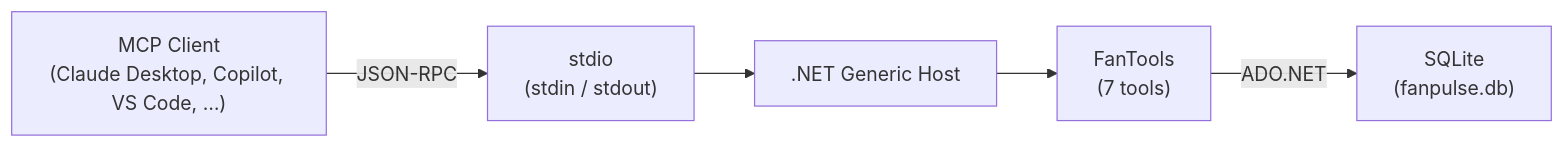
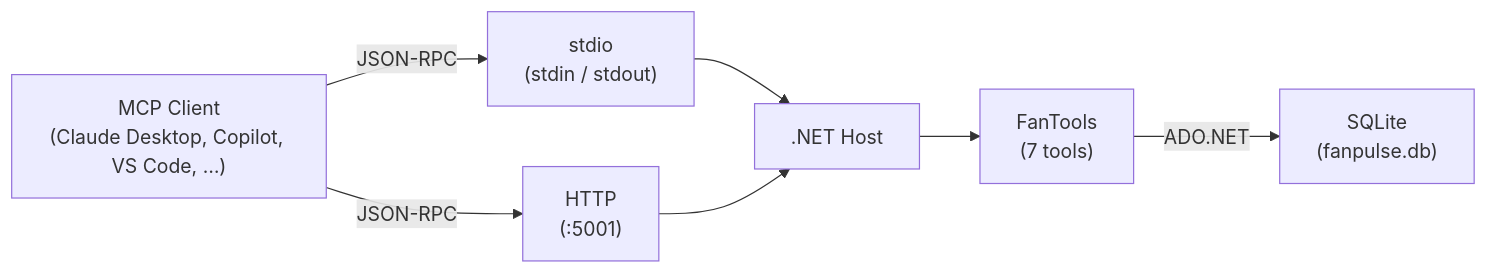
One commit to VeryKross/MCP-App_Sample changed the first of 2 diagrams in FanPulse/README.md. Above: the diagram before and after it, drawn with Mermaid. The commit also changed other lines of this file and 47 other files, not shown here.

````diff
--- a/FanPulse/README.md
+++ b/FanPulse/README.md
@@ -5,13 +9,16 @@
 ```mermaid
 flowchart LR
     Client["MCP Client\n(Claude Desktop, Copilot, VS Code, …)"]
     Stdio["stdio\n(stdin / stdout)"]
-    Host[".NET Generic Host"]
+    HTTP["HTTP\n(:5001)"]
+    Host[".NET Host"]
     Tools["FanTools\n(7 tools)"]
     DB["SQLite\n(fanpulse.db)"]
 
     Client -- JSON-RPC --> Stdio
+    Client -- JSON-RPC --> HTTP
     Stdio --> Host
+    HTTP --> Host
     Host --> Tools
     Tools -- ADO.NET --> DB
 ```
````
